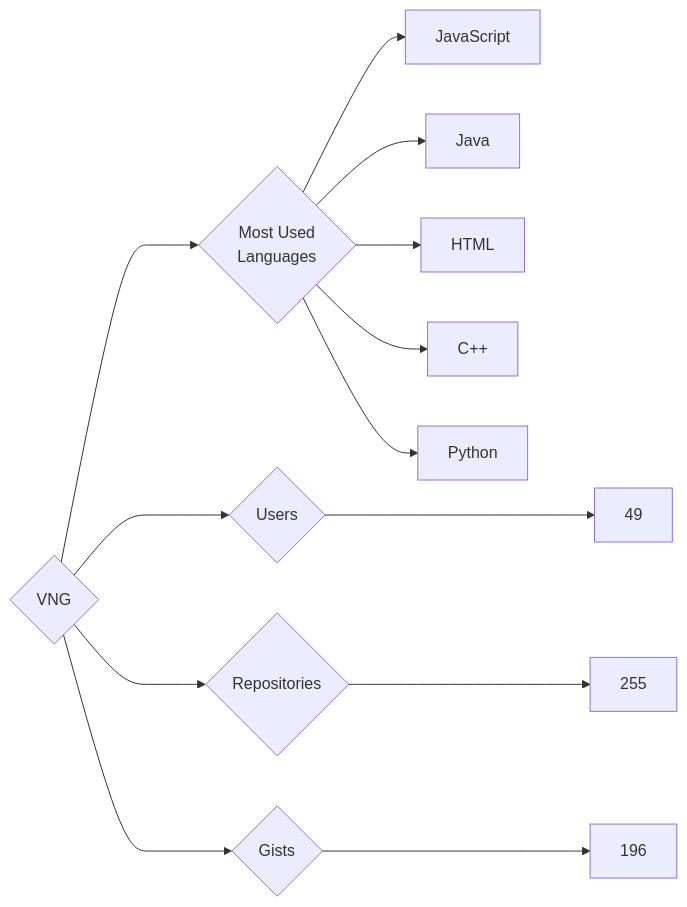
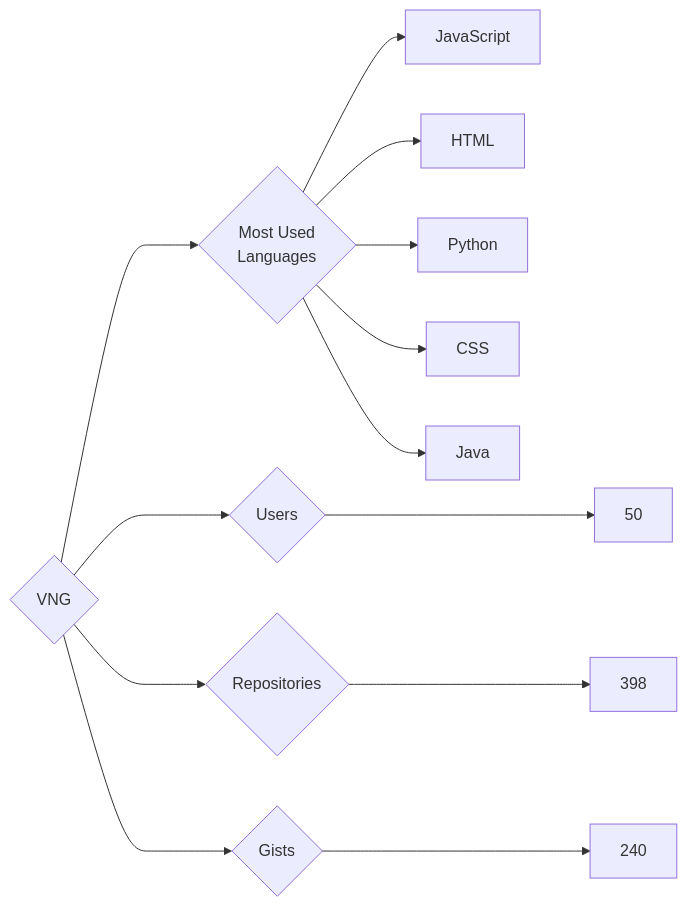
One commit to trickest/insiders changed the diagram in targets/VNG/README.md. Above: the diagram before and after it, drawn with Mermaid. The commit also changed 748 other files, not shown here.

````diff
--- a/targets/VNG/README.md
+++ b/targets/VNG/README.md
@@ -3,13 +3,13 @@
 ```mermaid
 graph LR
 COMPANY_NAME{VNG}
-COMPANY_NAME ---> U{Users} ---> UN[49]
-COMPANY_NAME ---> R{Repositories} ---> RN[255]
-COMPANY_NAME ---> G{Gists} ---> GN[196]
+COMPANY_NAME ---> U{Users} ---> UN[50]
+COMPANY_NAME ---> R{Repositories} ---> RN[398]
+COMPANY_NAME ---> G{Gists} ---> GN[240]
 COMPANY_NAME ---> ML{Most Used<br>Languages}
 ML --> JavaScript[JavaScript]
+ML --> HTML[HTML]
+ML --> Python[Python]
+ML --> CSS[CSS]
 ML --> Java[Java]
-ML --> HTML[HTML]
-ML --> C++[C++]
-ML --> Python[Python]
 ```
````
